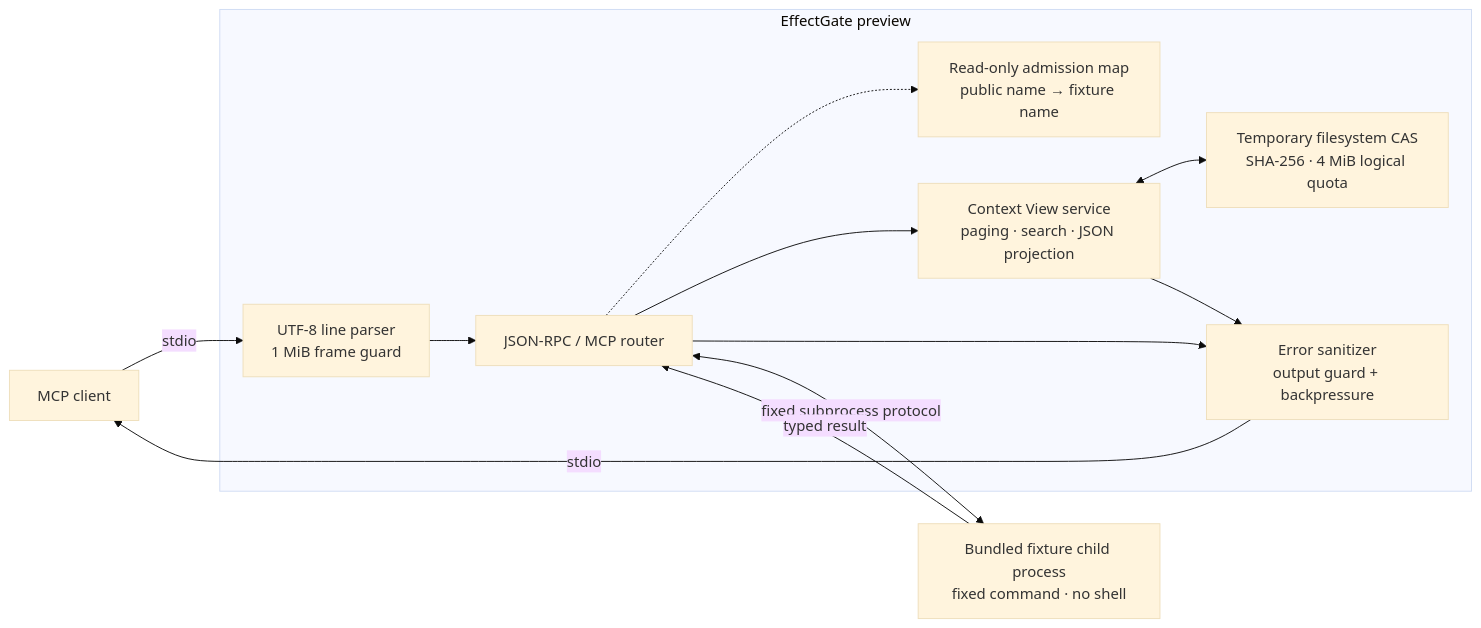
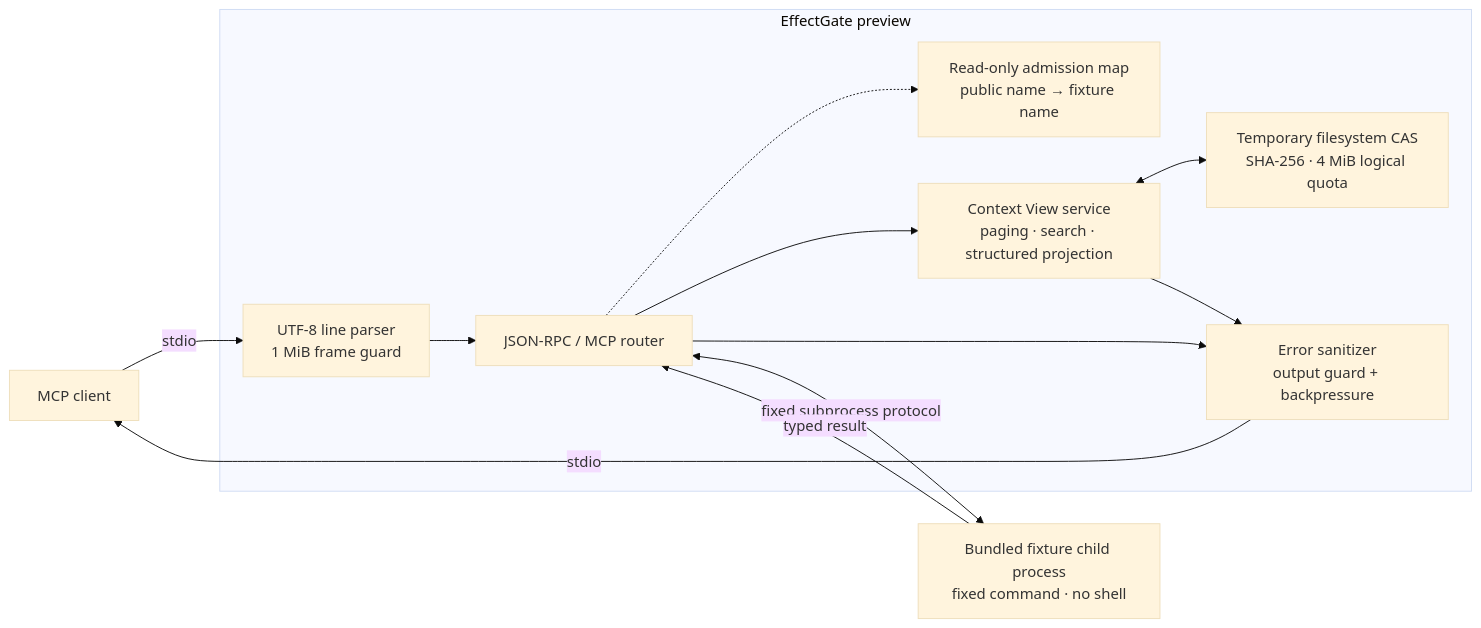
Before and after one commit to Miniks040506/EffectGate: the diagram in README.md, drawn with Mermaid (base theme). The commit also changed other lines of this file and 4 other files, not shown here.

````diff
--- a/README.md
+++ b/README.md
@@ -61,27 +61,27 @@
 ```mermaid
 flowchart LR
     Client["MCP client"]
 
     subgraph Gate["EffectGate preview"]
         Input["UTF-8 line parser<br/>1 MiB frame guard"]
         Router["JSON-RPC / MCP router"]
         Catalog["Read-only admission map<br/>public name → fixture name"]
-        Views["Context View service<br/>paging · search · JSON projection"]
+        Views["Context View service<br/>paging · search · structured projection"]
         Store["Temporary filesystem CAS<br/>SHA-256 · 4 MiB logical quota"]
         Output["Error sanitizer<br/>output guard + backpressure"]
 
         Input --> Router
         Router -.-> Catalog
         Router --> Views
         Views <--> Store
         Router --> Output
         Views --> Output
     end
 
     Fixture["Bundled fixture child process<br/>fixed command · no shell"]
 
     Client -->|"stdio"| Input
     Router <-->|"fixed subprocess protocol"| Fixture
     Fixture -->|"typed result"| Router
     Output -->|"stdio"| Client
 ```
````
